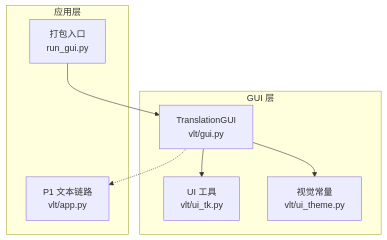
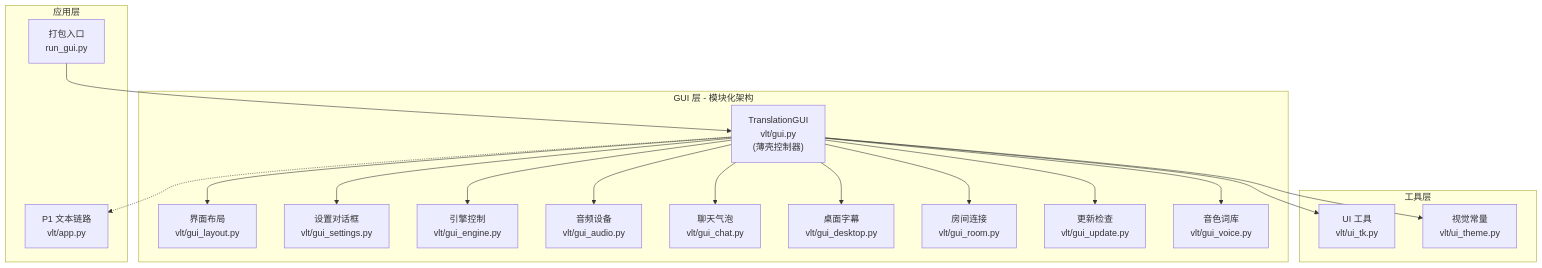
The first of 7 diagrams in .qoder/repowiki/zh/content/图形用户界面/Tkinter 界面架构.md (EMeowAGENT/vrchat-livetranslate), drawn with Mermaid before and after one commit. The commit also changed other lines of this file and 75 other files, not shown here.

````diff
--- a/.qoder/repowiki/zh/content/图形用户界面/Tkinter 界面架构.md
+++ b/.qoder/repowiki/zh/content/图形用户界面/Tkinter 界面架构.md
@@ -41,16 +53,36 @@
 ```mermaid
 graph TB
-subgraph "GUI 层"
-GUI["TranslationGUI<br/>vlt/gui.py"]
+subgraph "GUI 层 - 模块化架构"
+GUI["TranslationGUI<br/>vlt/gui.py<br/>(薄壳控制器)"]
+LAYOUT["界面布局<br/>vlt/gui_layout.py"]
+SETTINGS["设置对话框<br/>vlt/gui_settings.py"]
+ENGINE["引擎控制<br/>vlt/gui_engine.py"]
+AUDIO["音频设备<br/>vlt/gui_audio.py"]
+CHAT["聊天气泡<br/>vlt/gui_chat.py"]
+DESKTOP["桌面字幕<br/>vlt/gui_desktop.py"]
+ROOM["房间连接<br/>vlt/gui_room.py"]
+UPDATE["更新检查<br/>vlt/gui_update.py"]
+VOICE["音色词库<br/>vlt/gui_voice.py"]
+end
+subgraph "工具层"
 UI_TK["UI 工具<br/>vlt/ui_tk.py"]
 THEME["视觉常量<br/>vlt/ui_theme.py"]
 end
 subgraph "应用层"
 APP["P1 文本链路<br/>vlt/app.py"]
 RUN["打包入口<br/>run_gui.py"]
 end
 RUN --> GUI
+GUI --> LAYOUT
+GUI --> SETTINGS
+GUI --> ENGINE
+GUI --> AUDIO
+GUI --> CHAT
+GUI --> DESKTOP
+GUI --> ROOM
+GUI --> UPDATE
+GUI --> VOICE
 GUI --> UI_TK
 GUI --> THEME
 GUI -.-> APP
 ```
````
